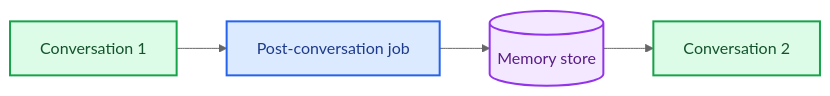
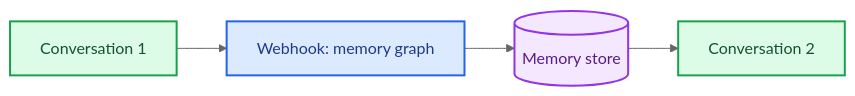
One commit to langchain-ai/docs changed the second of 2 diagrams in src/oss/deepagents/memory.mdx. Above: the diagram before and after it, drawn with Mermaid (neutral theme). The commit also changed other lines of this file, not shown here.

````diff
--- a/src/oss/deepagents/memory.mdx
+++ b/src/oss/deepagents/memory.mdx
@@ -490,14 +735,14 @@
 ```mermaid
 graph LR
-    Conv1[Conversation 1] --> Post[Post-conversation job]
-    Post --> Store[(Memory store)]
+    Conv1[Conversation 1] --> Webhook[Webhook: memory graph]
+    Webhook --> Store[(Memory store)]
     Store --> Conv2[Conversation 2]
 
     classDef trigger fill:#DCFCE7,stroke:#16A34A,stroke-width:2px,color:#14532D
     classDef process fill:#DBEAFE,stroke:#2563EB,stroke-width:2px,color:#1E3A8A
     classDef output fill:#F3E8FF,stroke:#9333EA,stroke-width:2px,color:#581C87
 
     class Conv1,Conv2 trigger
-    class Post process
+    class Webhook process
     class Store output
 ```
````
